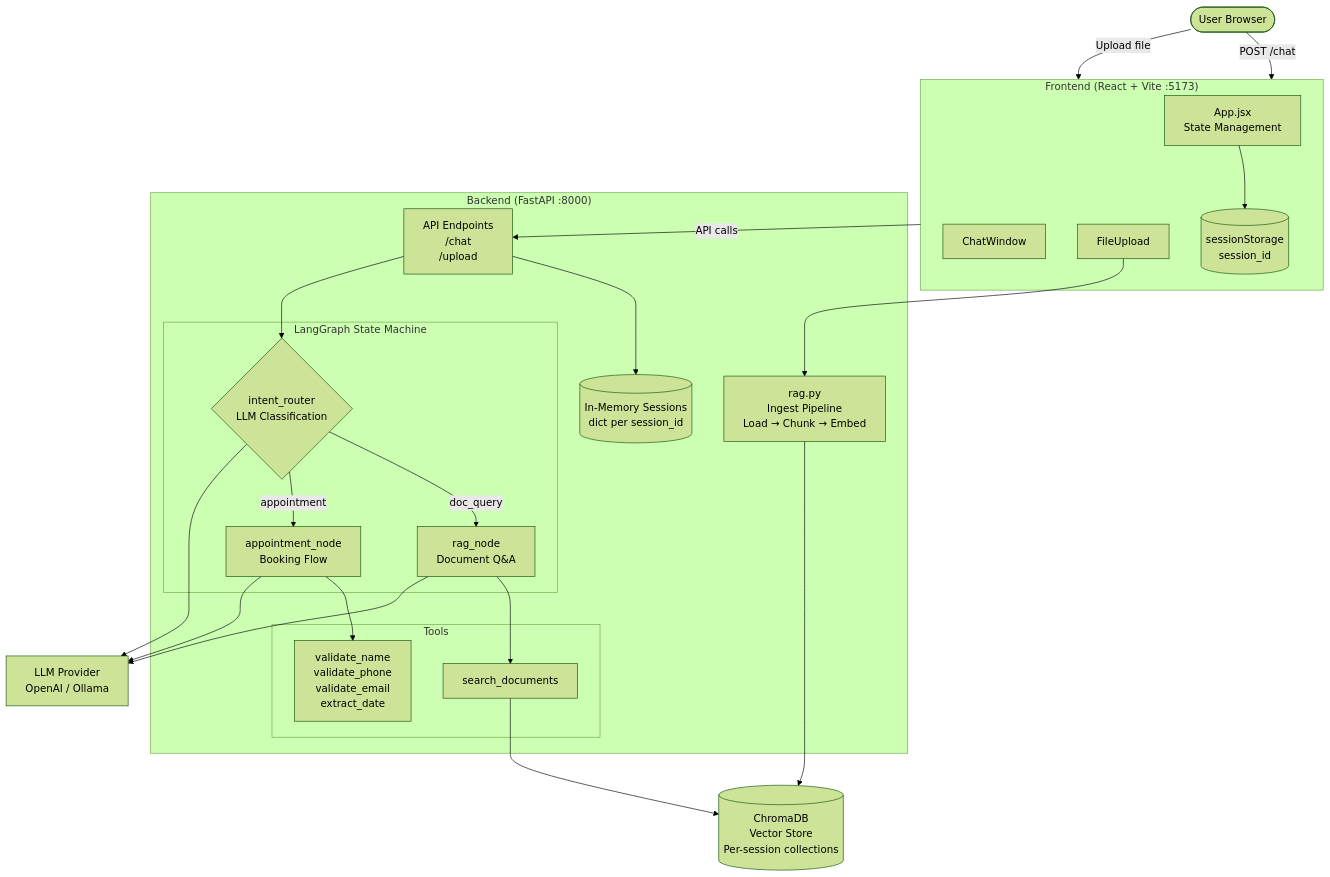
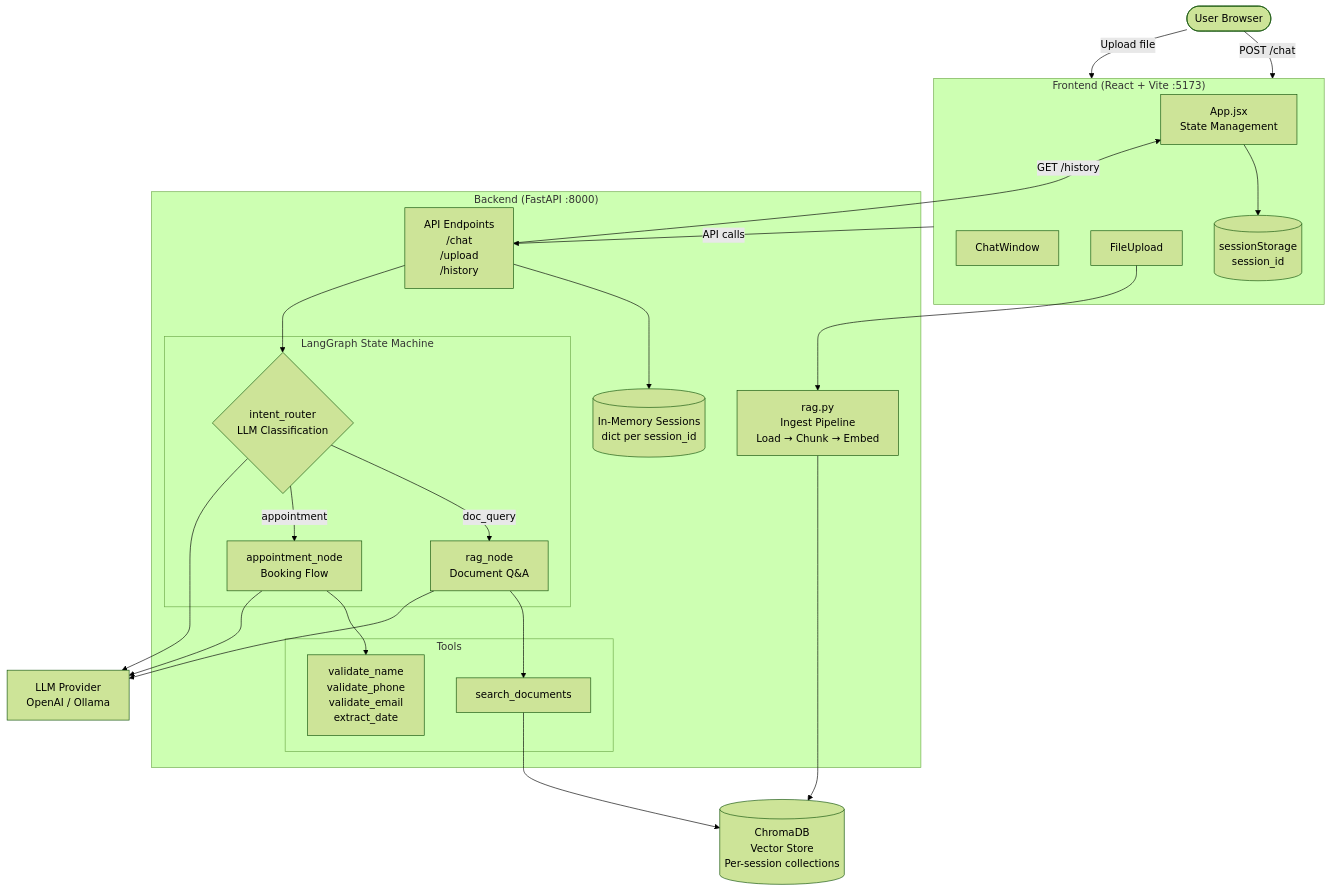
One commit to dipudl/Document-Queries-and-Appointment-Booking-Chatbot changed the diagram in README.md. Above: the diagram before and after it, drawn with Mermaid (forest theme). The commit also changed other lines of this file and 7 other files, not shown here.

Commit message:
add: OpenAI embeddings support, chat history persistence and file upload validation

````diff
--- a/README.md
+++ b/README.md
@@ -7,49 +7,50 @@
 ```mermaid
 flowchart TB
     User([User Browser])
 
     subgraph Frontend["Frontend (React + Vite :5173)"]
         App[App.jsx<br/>State Management]
         Chat[ChatWindow]
         Upload[FileUpload]
         Session[(sessionStorage<br/>session_id)]
     end
 
     subgraph Backend["Backend (FastAPI :8000)"]
-        API[API Endpoints<br/>/chat<br/>/upload]
+        API[API Endpoints<br/>/chat<br/>/upload<br/>/history]
         Store[(In-Memory Sessions<br/>dict per session_id)]
 
         subgraph Graph["LangGraph State Machine"]
             Router{intent_router<br/>LLM Classification}
             RAG[rag_node<br/>Document Q&A]
             Appt[appointment_node<br/>Booking Flow]
         end
 
         subgraph Tools["Tools"]
             Search[search_documents]
             Validate[validate_name<br/>validate_phone<br/>validate_email<br/>extract_date]
         end
 
         Ingest[rag.py<br/>Ingest Pipeline<br/>Load → Chunk → Embed]
     end
 
     ChromaDB[(ChromaDB<br/>Vector Store<br/>Per-session collections)]
     LLM[LLM Provider<br/>OpenAI / Ollama]
 
     User -->|POST /chat| Frontend
     User -->|Upload file| Frontend
     App --> Session
     Frontend -->|API calls| API
+    API -->|GET /history| App
     API --> Store
     API --> Router
     Router -->|doc_query| RAG
     Router -->|appointment| Appt
     RAG --> Search
     Appt --> Validate
     Search --> ChromaDB
     Upload --> Ingest
     Ingest --> ChromaDB
     RAG --> LLM
     Appt --> LLM
     Router --> LLM
 ```
````
